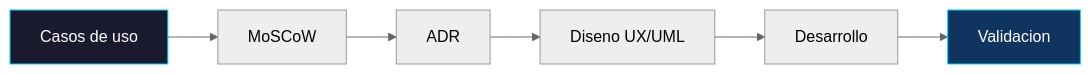
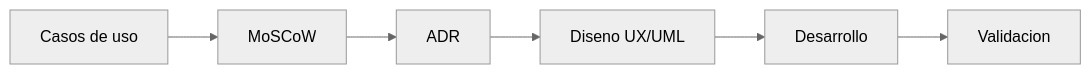
Before and after one commit to ramarstudio/RAMar_Repo: the diagram in docs/ingenieria/index.md, drawn with Mermaid (neutral theme). The commit also changed other lines of this file and 6 other files, not shown here.

````diff
--- a/docs/ingenieria/index.md
+++ b/docs/ingenieria/index.md
@@ -13,11 +13,8 @@
 ```mermaid
 graph LR
     A[Casos de uso] --> B[MoSCoW]
     B --> C[ADR]
     C --> D[Diseno UX/UML]
     D --> E[Desarrollo]
     E --> F[Validacion]
-
-    style A fill:#1a1a2e,stroke:#00d2ff,color:#fff
-    style F fill:#0f3460,stroke:#00d2ff,color:#fff
 ```
````
